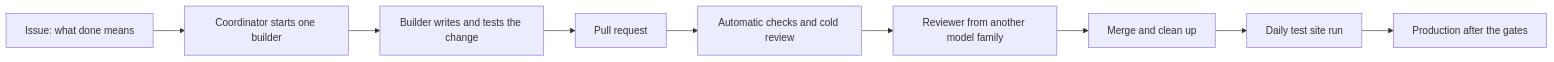
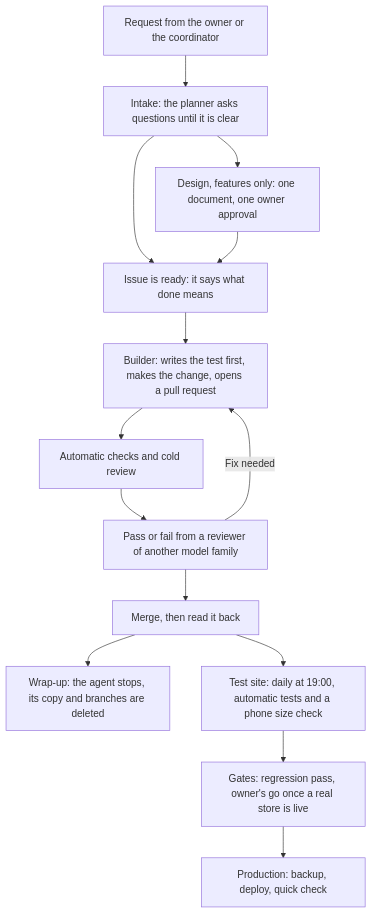
Before and after one commit to mingster/dotfiles: the diagram in README.md, drawn with Mermaid. The commit also changed other lines of this file and 1 other file, not shown here.

Commit message:
docs(readme): restore the Targets table and the top-down flow chart

````diff
--- a/README.md
+++ b/README.md
@@ -46,11 +62,14 @@
 ```mermaid
-flowchart LR
-    Issue["Issue: what done means"] --> Start["Coordinator starts one builder"]
-    Start --> Build["Builder writes and tests the change"]
-    Build --> PR["Pull request"]
-    PR --> Check["Automatic checks and cold review"]
-    Check --> Verdict["Reviewer from another model family"]
-    Verdict --> Merge["Merge and clean up"]
-    Merge --> Staging["Daily test site run"]
-    Staging --> Prod["Production after the gates"]
+flowchart TD
+    Req["Request from the owner or the coordinator"] --> Intake["Intake: the planner asks questions until it is clear"]
+    Intake --> Design["Design, features only: one document, one owner approval"]
+    Intake & Design --> Ready["Issue is ready: it says what done means"]
+    Ready --> Build["Builder: writes the test first, makes the change, opens a pull request"]
+    Build --> Checks["Automatic checks and cold review"]
+    Checks --> Verdict["Pass or fail from a reviewer of another model family"]
+    Verdict -->|"Fix needed"| Build
+    Verdict --> Ship["Merge, then read it back"]
+    Ship --> Wrap["Wrap-up: the agent stops, its copy and branches are deleted"]
+    Ship --> Staging["Test site: daily at 19:00, automatic tests and a phone size check"]
+    Staging --> Gates["Gates: regression pass, owner's go once a real store is live"] --> Prod["Production: backup, deploy, quick check"]
 ```
````
